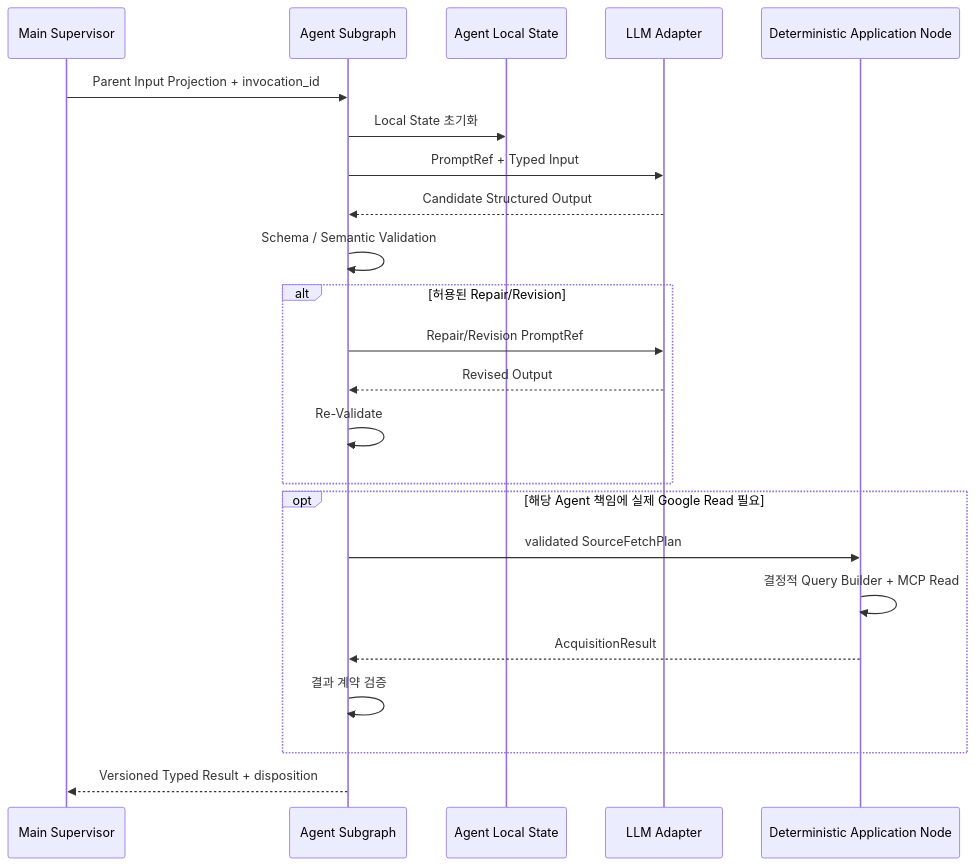
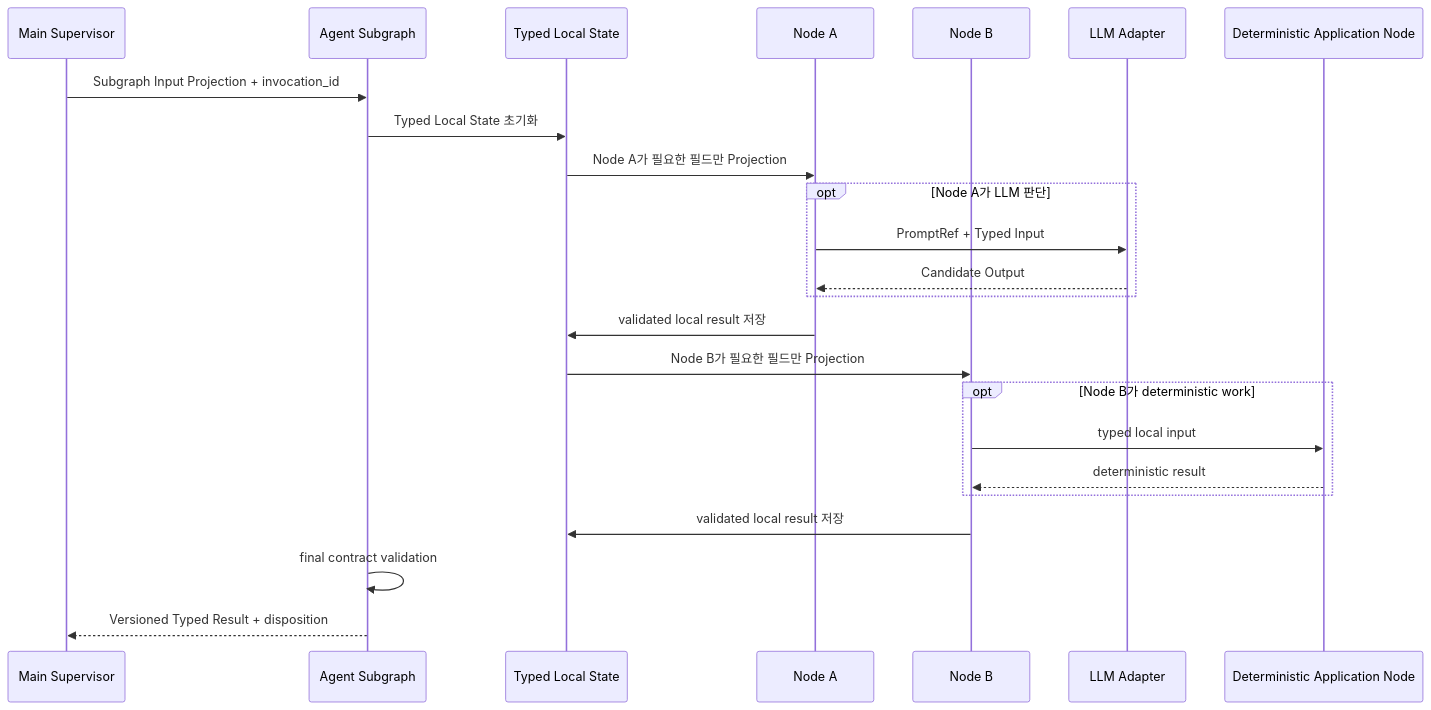
One commit to solar-ai-dev/google-work-agent changed diagram 20 of 20 in docs/08-sequence-design.md. Above: the diagram before and after it, drawn with Mermaid. The commit also changed other lines of this file and 22 other files, not shown here.

````diff
--- a/docs/08-sequence-design.md
+++ b/docs/08-sequence-design.md
@@ -1019,26 +1205,27 @@
 ```mermaid
 sequenceDiagram
     participant SUP as Main Supervisor
     participant AG as Agent Subgraph
-    participant LS as Agent Local State
+    participant LS as Typed Local State
+    participant N1 as Node A
+    participant N2 as Node B
     participant LLM as LLM Adapter
     participant APP as Deterministic Application Node
 
-    SUP->>AG: Parent Input Projection + invocation_id
-    AG->>LS: Local State 초기화
-    AG->>LLM: PromptRef + Typed Input
-    LLM-->>AG: Candidate Structured Output
-    AG->>AG: Schema / Semantic Validation
-    alt 허용된 Repair/Revision
-        AG->>LLM: Repair/Revision PromptRef
-        LLM-->>AG: Revised Output
-        AG->>AG: Re-Validate
+    SUP->>AG: Subgraph Input Projection + invocation_id
+    AG->>LS: Typed Local State 초기화
+    LS->>N1: Node A가 필요한 필드만 Projection
+    opt Node A가 LLM 판단
+        N1->>LLM: PromptRef + Typed Input
+        LLM-->>N1: Candidate Output
     end
-    opt 해당 Agent 책임에 실제 Google Read 필요
-        AG->>APP: validated SourceFetchPlan
-        APP->>APP: 결정적 Query Builder + MCP Read
-        APP-->>AG: AcquisitionResult
-        AG->>AG: 결과 계약 검증
+    N1->>LS: validated local result 저장
+    LS->>N2: Node B가 필요한 필드만 Projection
+    opt Node B가 deterministic work
+        N2->>APP: typed local input
+        APP-->>N2: deterministic result
     end
+    N2->>LS: validated local result 저장
+    AG->>AG: final contract validation
     AG-->>SUP: Versioned Typed Result + disposition
 ```
````
